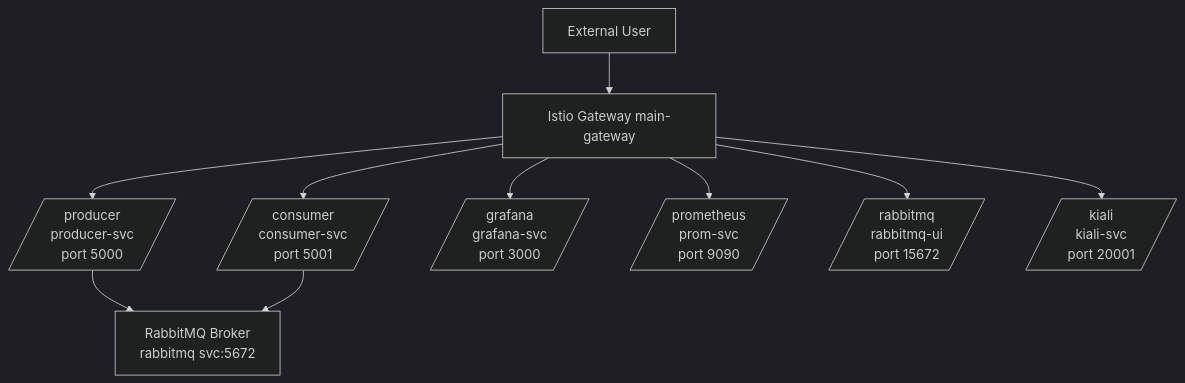
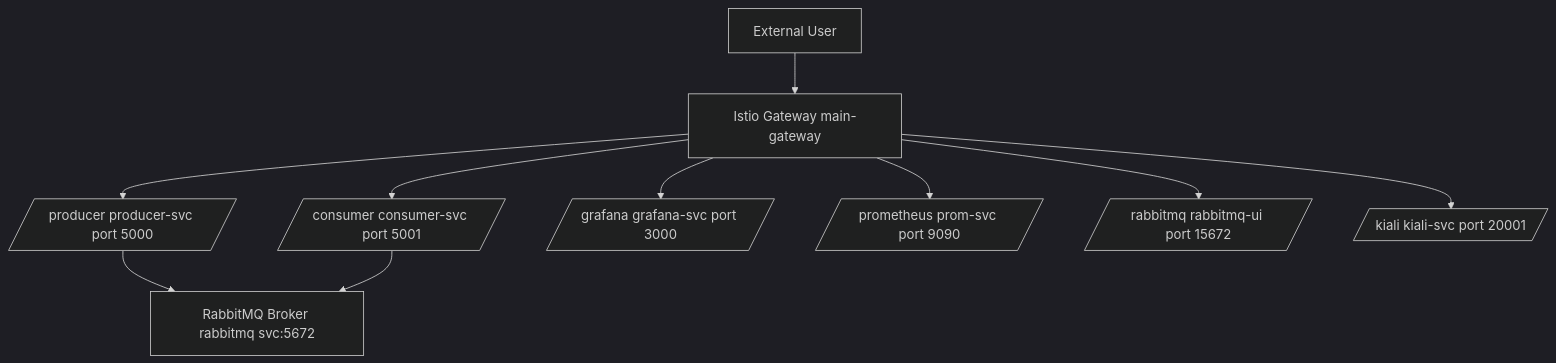
Before and after one commit to TemporarySolace/123dsa: the diagram in Readme.md, drawn with Mermaid (dark theme).

Commit message:
remove \n

````diff
--- a/Readme.md
+++ b/Readme.md
@@ -16,12 +16,12 @@
 ```mermaid
 graph TD
     A[External User] --> B[Istio Gateway main-gateway]
-    B --> C[/producer\nproducer-svc\nport 5000/]
-    B --> D[/consumer\nconsumer-svc\nport 5001/]
-    B --> E[/grafana\ngrafana-svc\nport 3000/]
-    B --> F[/prometheus\nprom-svc\nport 9090/]
-    B --> G[/rabbitmq\nrabbitmq-ui\nport 15672/]
-    B --> H[/kiali\nkiali-svc\nport 20001/]
-    C --> I[RabbitMQ Broker\nrabbitmq svc:5672]
+    B --> C[/producer producer-svc port 5000/]
+    B --> D[/consumer consumer-svc port 5001/]
+    B --> E[/grafana grafana-svc port 3000/]
+    B --> F[/prometheus prom-svc port 9090/]
+    B --> G[/rabbitmq rabbitmq-ui port 15672/]
+    B --> H[/kiali kiali-svc port 20001/]
+    C --> I[RabbitMQ Broker rabbitmq svc:5672]
     D --> I
 ```
````
